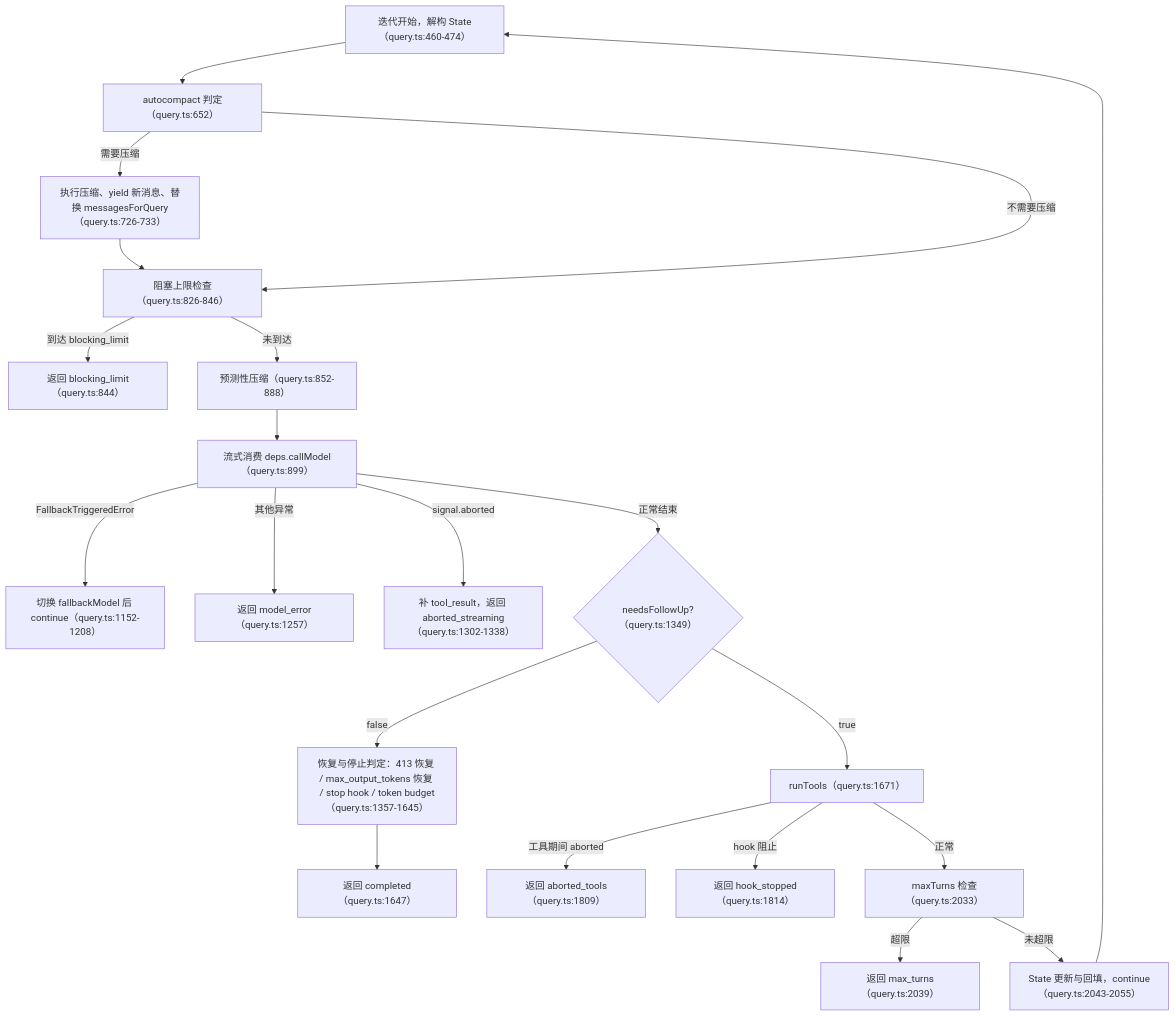
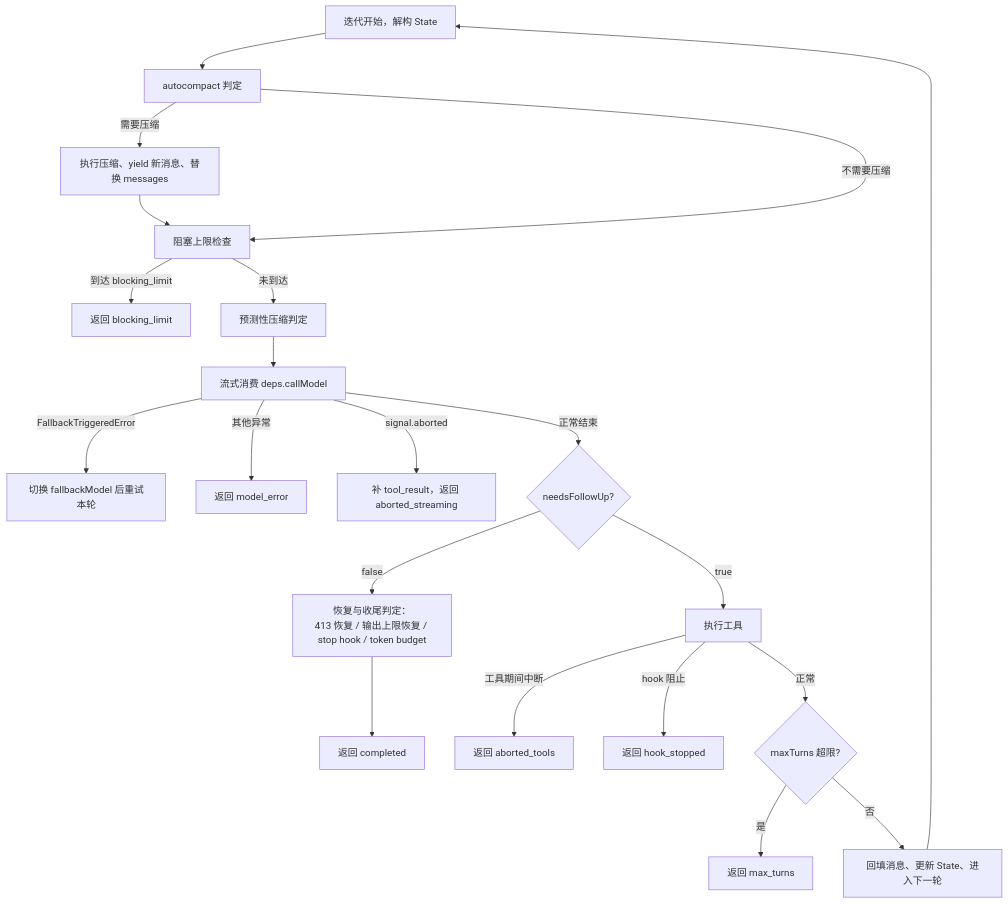
One commit to c926694/obsidian_note changed the fourth of 4 diagrams in agent/learn-cc/loop.md. Above: the diagram before and after it, drawn with Mermaid. The commit also changed other lines of this file and 6 other files, not shown here.

````diff
--- a/agent/learn-cc/loop.md
+++ b/agent/learn-cc/loop.md
@@ -185,23 +262,23 @@
 ```mermaid
 flowchart TD
-    A["迭代开始，解构 State（query.ts:460-474）"] --> B["autocompact 判定（query.ts:652）"]
-    B -->|"需要压缩"| C["执行压缩、yield 新消息、替换 messagesForQuery（query.ts:726-733）"]
-    C --> D["阻塞上限检查（query.ts:826-846）"]
+    A["迭代开始，解构 State"] --> B["autocompact 判定"]
+    B -->|"需要压缩"| C["执行压缩、yield 新消息、替换 messages"]
+    C --> D["阻塞上限检查"]
     B -->|"不需要压缩"| D
-    D -->|"到达 blocking_limit"| E["返回 blocking_limit（query.ts:844）"]
-    D -->|"未到达"| F["预测性压缩（query.ts:852-888）"]
-    F --> G["流式消费 deps.callModel（query.ts:899）"]
-    G -->|"FallbackTriggeredError"| H["切换 fallbackModel 后 continue（query.ts:1152-1208）"]
-    G -->|"其他异常"| I["返回 model_error（query.ts:1257）"]
-    G -->|"signal.aborted"| J["补 tool_result，返回 aborted_streaming（query.ts:1302-1338）"]
-    G -->|"正常结束"| K{"needsFollowUp?（query.ts:1349）"}
-    K -->|"false"| L["恢复与停止判定：413 恢复 / max_output_tokens 恢复 / stop hook / token budget（query.ts:1357-1645）"]
-    L --> M["返回 completed（query.ts:1647）"]
-    K -->|"true"| N["runTools（query.ts:1671）"]
-    N -->|"工具期间 aborted"| O["返回 aborted_tools（query.ts:1809）"]
-    N -->|"hook 阻止"| P["返回 hook_stopped（query.ts:1814）"]
-    N -->|"正常"| Q["maxTurns 检查（query.ts:2033）"]
-    Q -->|"超限"| R["返回 max_turns（query.ts:2039）"]
-    Q -->|"未超限"| S["State 更新与回填，continue（query.ts:2043-2055）"]
+    D -->|"到达 blocking_limit"| E["返回 blocking_limit"]
+    D -->|"未到达"| F["预测性压缩判定"]
+    F --> G["流式消费 deps.callModel"]
+    G -->|"FallbackTriggeredError"| H["切换 fallbackModel 后重试本轮"]
+    G -->|"其他异常"| I["返回 model_error"]
+    G -->|"signal.aborted"| J["补 tool_result，返回 aborted_streaming"]
+    G -->|"正常结束"| K{"needsFollowUp?"}
+    K -->|"false"| L["恢复与收尾判定：<br/>413 恢复 / 输出上限恢复 / stop hook / token budget"]
+    L --> M["返回 completed"]
+    K -->|"true"| N["执行工具"]
+    N -->|"工具期间中断"| O["返回 aborted_tools"]
+    N -->|"hook 阻止"| P["返回 hook_stopped"]
+    N -->|"正常"| Q{"maxTurns 超限?"}
+    Q -->|"是"| R["返回 max_turns"]
+    Q -->|"否"| S["回填消息、更新 State、进入下一轮"]
     S --> A
 ```
````
